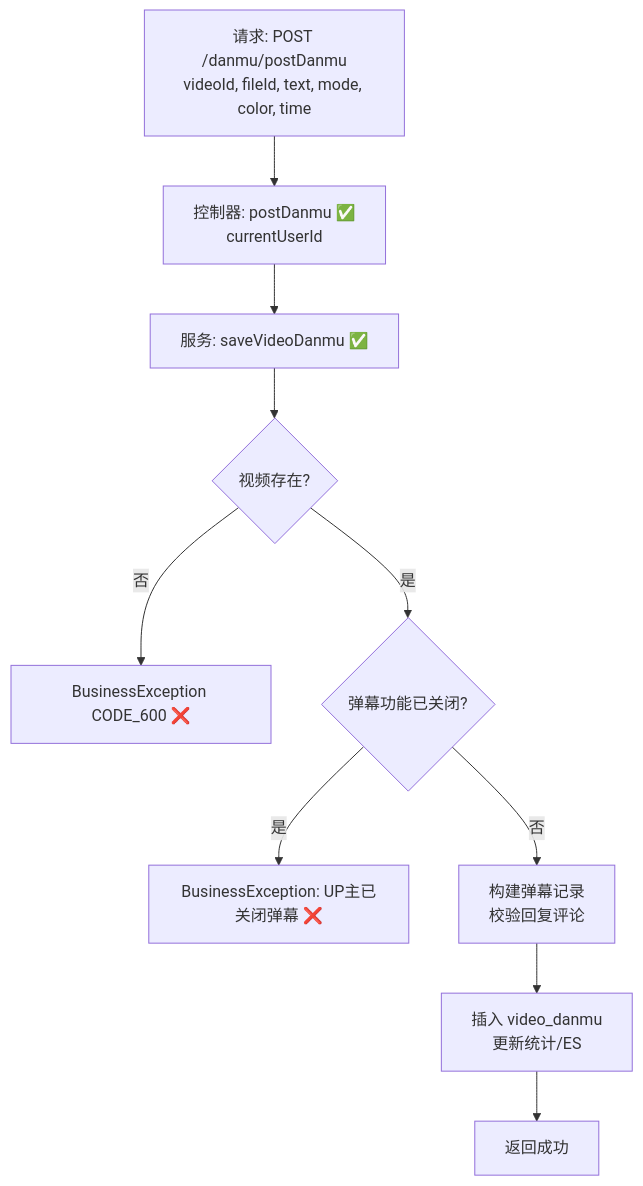
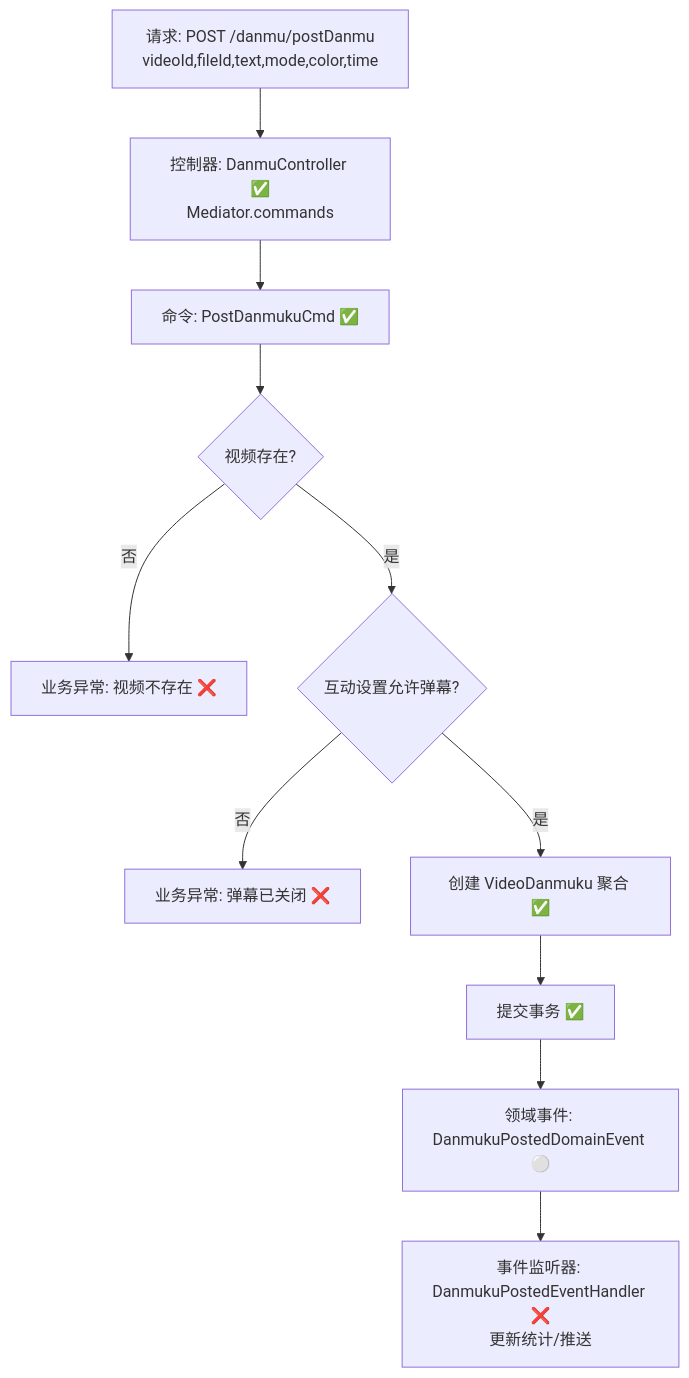
One commit to LDmoxeii/only-danmuku changed the diagram in design/requirements/danmuku_post_flow.md. Above: the diagram before and after it, drawn with Mermaid. The commit also changed other lines of this file and 30 other files, not shown here.

````diff
--- a/design/requirements/danmuku_post_flow.md
+++ b/design/requirements/danmuku_post_flow.md
@@ -51,12 +56,13 @@
 ```mermaid
 graph TD
-    A["请求: POST /danmu/postDanmu<br/>videoId, fileId, text, mode, color, time"] --> B["控制器: postDanmu ✅<br/>currentUserId"]
-    B --> C["服务: saveVideoDanmu ✅"]
-    C --> C1{"视频存在?"}
-    C1 -->|否| C2["BusinessException CODE_600 ❌"]
-    C1 -->|是| C3{"弹幕功能已关闭?"}
-    C3 -->|是| C4["BusinessException: UP主已关闭弹幕 ❌"]
-    C3 -->|否| C5["构建弹幕记录<br/>校验回复评论"]
-    C5 --> C6["插入 video_danmu<br/>更新统计/ES"]
-    C6 --> D["返回成功"]
+    A[请求: POST /danmu/postDanmu<br/>videoId,fileId,text,mode,color,time] --> B[控制器: DanmuController ✅<br/>Mediator.commands]
+    B --> C[命令: PostDanmukuCmd ✅]
+    C --> C1{视频存在?}
+    C1 -->|否| X[业务异常: 视频不存在 ❌]
+    C1 -->|是| C2{互动设置允许弹幕?}
+    C2 -->|否| X2[业务异常: 弹幕已关闭 ❌]
+    C2 -->|是| C3[创建 VideoDanmuku 聚合 ✅]
+    C3 --> D[提交事务 ✅]
+    D --> E[领域事件: DanmukuPostedDomainEvent ⚪]
+    E --> F[事件监听器: DanmukuPostedEventHandler ❌<br/>更新统计/推送]
 ```
````
